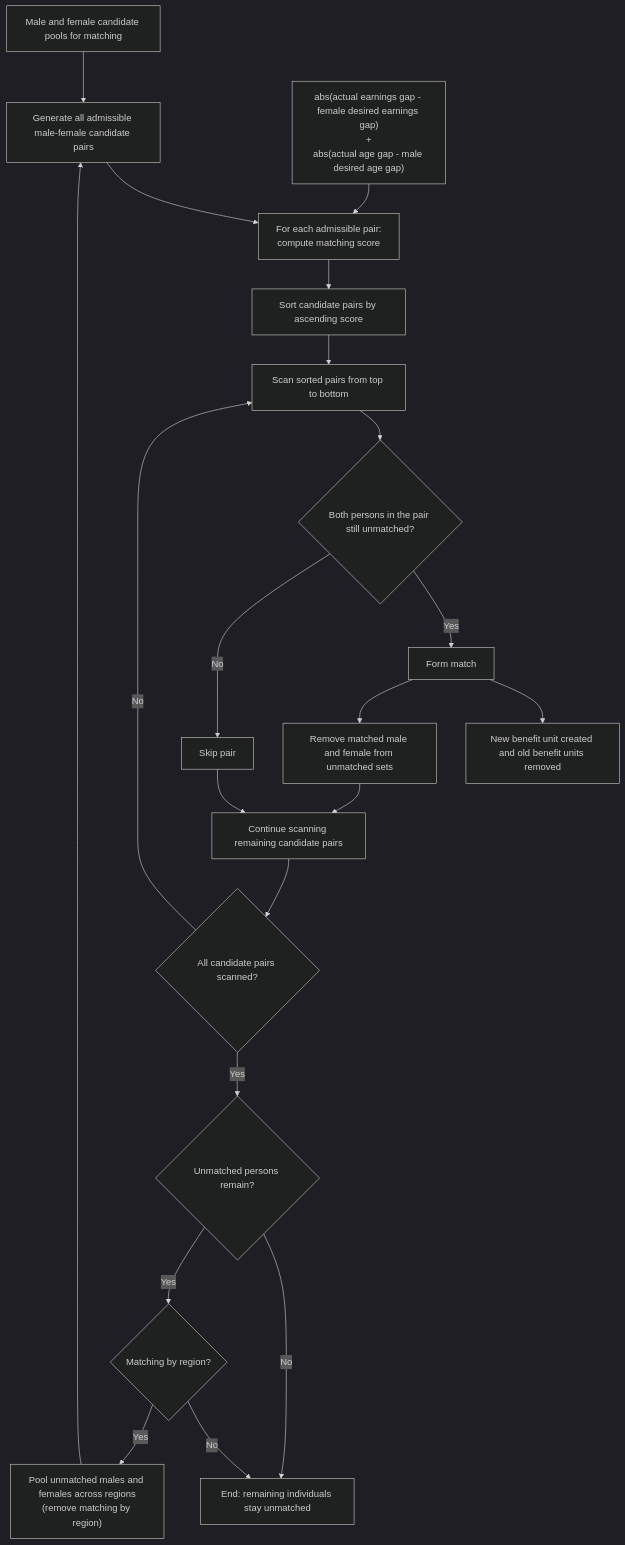
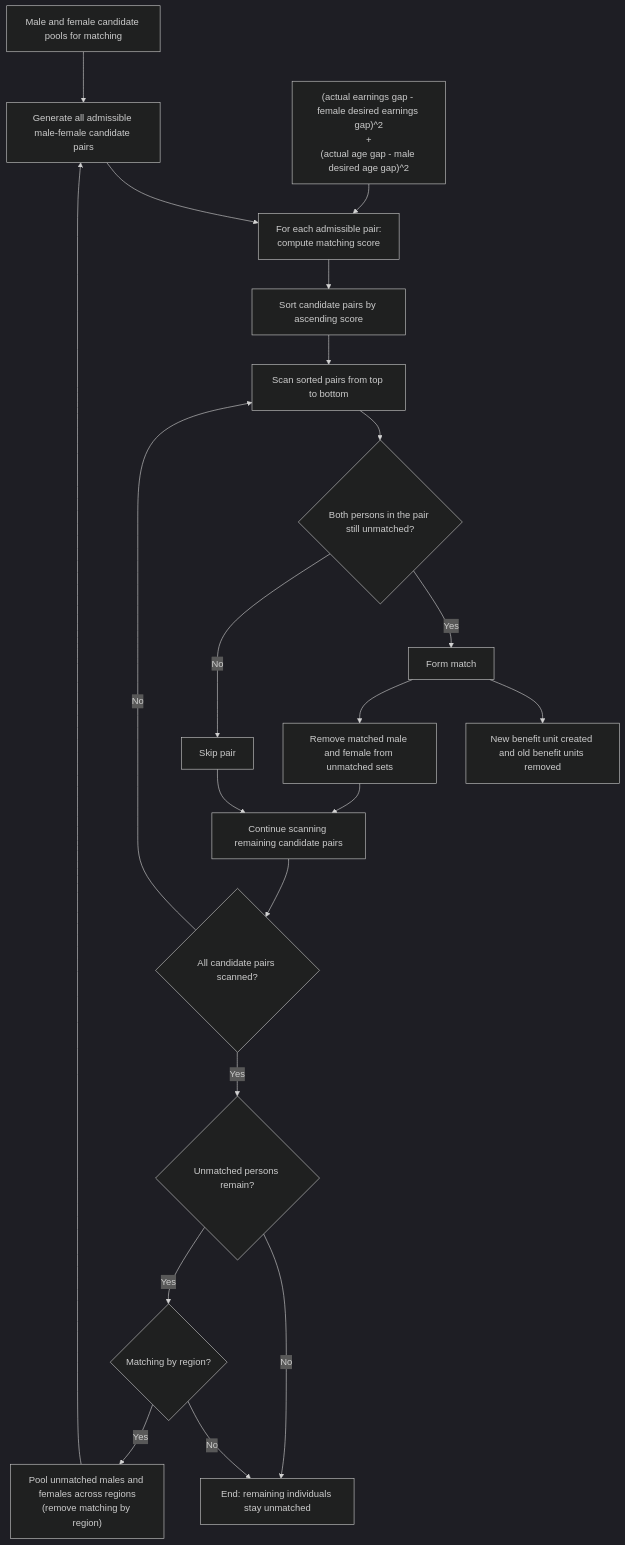
The diagram in documentation/flowcharts/modules/union_matching.md (centreformicrosimulation/SimPaths), drawn with Mermaid (dark theme) before and after one commit. The commit also changed other lines of this file and 2 other files, not shown here.

Commit message:
test 4.1

````diff
--- a/documentation/flowcharts/modules/union_matching.md
+++ b/documentation/flowcharts/modules/union_matching.md
@@ -13,28 +13,28 @@
 ```mermaid
 flowchart TD
     A["Male and female candidate pools for matching"] --> B["Generate all admissible male-female candidate pairs"]
     J["Pool unmatched males and females across regions<br/>(remove matching by region)"] --> B
 
     B --> C["For each admissible pair:<br/>compute matching score"]
-    S["abs(actual earnings gap - female desired earnings gap)<br/>+<br/>abs(actual age gap - male desired age gap)"] --> C
+    S["(actual earnings gap - female desired earnings gap)^2<br/>+<br/>(actual age gap - male desired age gap)^2"] --> C
 
     C --> D["Sort candidate pairs by ascending score"]
     D --> E["Scan sorted pairs from top to bottom"]
     E --> F{"Both persons in the pair still unmatched?"}
 
     F -- Yes --> G["Form match"]
     G --> H["New benefit unit created and old benefit units removed"]
     G --> I["Remove matched male and female from unmatched sets"]
     I --> K["Continue scanning remaining candidate pairs"]
 
     F -- No --> L["Skip pair"]
     L --> K
 
     K --> M{"All candidate pairs scanned?"}
     M -- No --> E
     M -- Yes --> N{"Unmatched persons remain?"}
     N -- No --> O["End: remaining individuals stay unmatched"]
     N -- Yes --> P{"Matching by region?"}
     P -- No --> O
     P -- Yes --> J
 ```
````
